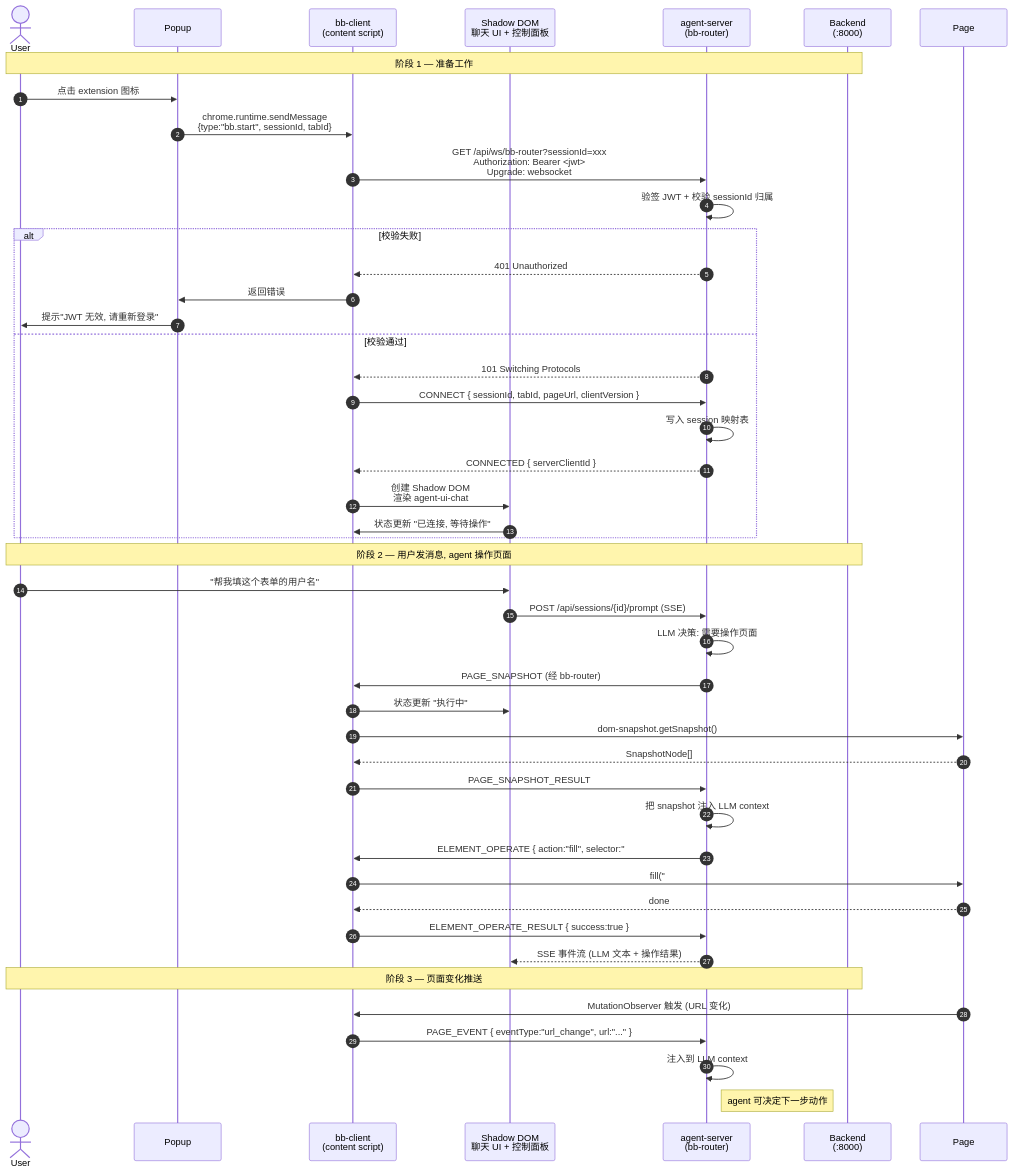
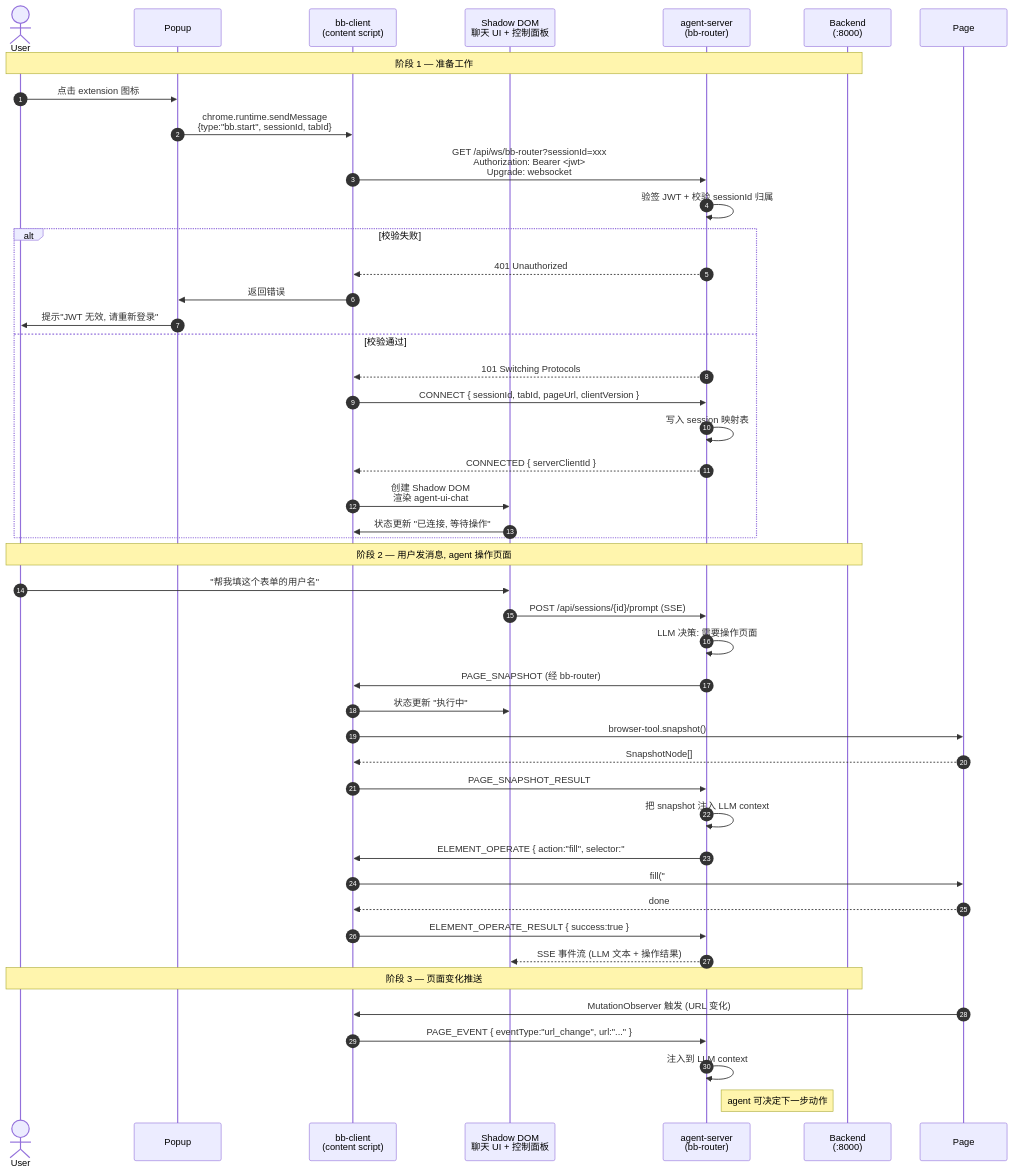
One commit to zhaoxin34/matrix changed the second of 4 diagrams in neo/design/docs/technical/agent-steer/browser-bridge.md. Above: the diagram before and after it, drawn with Mermaid. The commit also changed other lines of this file and 7 other files, not shown here.

````diff
--- a/neo/design/docs/technical/agent-steer/browser-bridge.md
+++ b/neo/design/docs/technical/agent-steer/browser-bridge.md
@@ -185,50 +185,50 @@
 ```mermaid
 sequenceDiagram
     autonumber
     actor User
     participant Popup as Popup
     participant CS as bb-client<br/>(content script)
     participant SD as Shadow DOM<br/>聊天 UI + 控制面板
     participant SRV as agent-server<br/>(bb-router)
     participant BE as Backend<br/>(:8000)
 
     Note over User,BE: 阶段 1 — 准备工作
     User->>Popup: 点击 extension 图标
     Popup->>CS: chrome.runtime.sendMessage<br/>{type:"bb.start", sessionId, tabId}
     CS->>SRV: GET /api/ws/bb-router?sessionId=xxx<br/>Authorization: Bearer <jwt><br/>Upgrade: websocket
     SRV->>SRV: 验签 JWT + 校验 sessionId 归属
     alt 校验失败
         SRV-->>CS: 401 Unauthorized
         CS->>Popup: 返回错误
         Popup->>User: 提示"JWT 无效, 请重新登录"
     else 校验通过
         SRV-->>CS: 101 Switching Protocols
         CS->>SRV: CONNECT { sessionId, tabId, pageUrl, clientVersion }
         SRV->>SRV: 写入 session 映射表
         SRV-->>CS: CONNECTED { serverClientId }
         CS->>SD: 创建 Shadow DOM<br/>渲染 agent-ui-chat
         SD->>CS: 状态更新 "已连接, 等待操作"
     end
 
     Note over User,BE: 阶段 2 — 用户发消息, agent 操作页面
     User->>SD: "帮我填这个表单的用户名"
     SD->>SRV: POST /api/sessions/{id}/prompt (SSE)
     SRV->>SRV: LLM 决策: 需要操作页面
     SRV->>CS: PAGE_SNAPSHOT (经 bb-router)
     CS->>SD: 状态更新 "执行中"
-    CS->>Page: dom-snapshot.getSnapshot()
+    CS->>Page: browser-tool.snapshot()
     Page-->>CS: SnapshotNode[]
     CS->>SRV: PAGE_SNAPSHOT_RESULT
     SRV->>SRV: 把 snapshot 注入 LLM context
     SRV->>CS: ELEMENT_OPERATE { action:"fill", selector:"#username", value:"hello" }
     CS->>Page: fill("#username", "hello")
     Page-->>CS: done
     CS->>SRV: ELEMENT_OPERATE_RESULT { success:true }
     SRV-->>SD: SSE 事件流 (LLM 文本 + 操作结果)
 
     Note over User,BE: 阶段 3 — 页面变化推送
     Page->>CS: MutationObserver 触发 (URL 变化)
     CS->>SRV: PAGE_EVENT { eventType:"url_change", url:"..." }
     SRV->>SRV: 注入到 LLM context
     Note right of SRV: agent 可决定下一步动作
 ```
````
